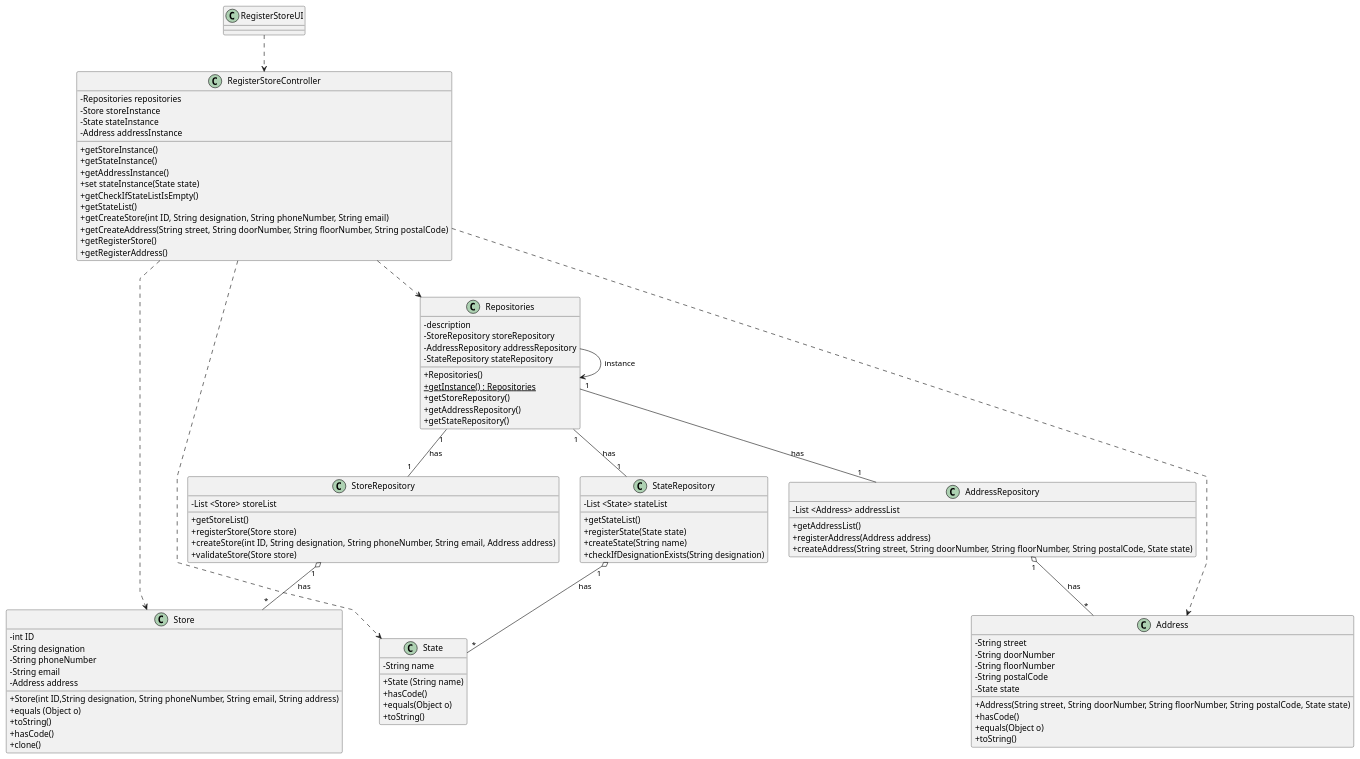
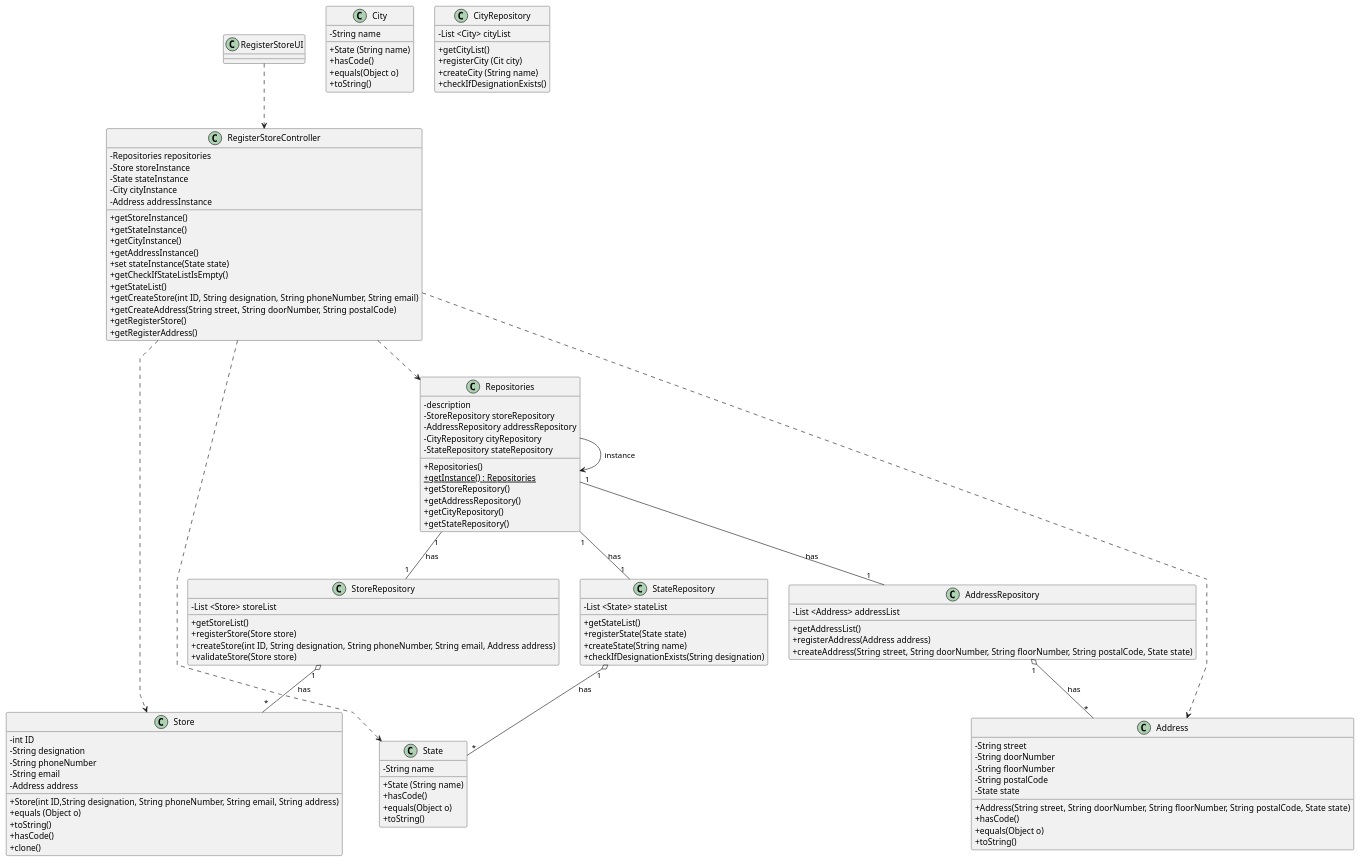
Before and after one commit to 1220812/LAPR2: the diagram in docs/sprintB/us005/03.design/puml/us005-class-diagram.puml, drawn with PlantUML.

Commit message:
Altered the class diagram from US5

```diff
--- a/docs/sprintB/us005/03.design/puml/us005-class-diagram.puml
+++ b/docs/sprintB/us005/03.design/puml/us005-class-diagram.puml
@@ -1,117 +1,139 @@
 @startuml
 'skinparam monochrome true
 skinparam packageStyle rectangle
 skinparam shadowing false
 skinparam linetype polyline
 'skinparam linetype orto
 
 skinparam classAttributeIconSize 0
 
 class RegisterStoreUI
 
 class RegisterStoreController
 {
 - Repositories repositories
 -Store storeInstance
 -State stateInstance
+-City cityInstance
 -Address addressInstance
 +getStoreInstance()
 +getStateInstance()
++getCityInstance()
 +getAddressInstance()
 +set stateInstance(State state)
 +getCheckIfStateListIsEmpty()
 +getStateList()
 +getCreateStore(int ID, String designation, String phoneNumber, String email)
-+getCreateAddress(String street, String doorNumber, String floorNumber, String postalCode)
++getCreateAddress(String street, String doorNumber, String postalCode)
 +getRegisterStore()
 +getRegisterAddress()
 }
 
 class Repositories
 {
 -description
 -StoreRepository storeRepository
 -AddressRepository addressRepository
+-CityRepository cityRepository
 -StateRepository stateRepository
 +Repositories()
 +{static}getInstance() : Repositories
 +getStoreRepository()
 +getAddressRepository()
++getCityRepository()
 +getStateRepository()
 }
 
 class Store
 {
 -int ID
 -String designation
 -String phoneNumber
 -String email
 -Address address
 +Store(int ID,String designation, String phoneNumber, String email, String address)
 +equals (Object o)
 +toString()
 +hasCode()
 +clone()
 }
 
 class State
+{
+-String name
++State (String name)
++hasCode()
++equals(Object o)
++toString()
+}
+
+class City
 {
 -String name
 +State (String name)
 +hasCode()
 +equals(Object o)
 +toString()
 }
 
 class Address
 {
 -String street
 -String doorNumber
 -String floorNumber
 -String postalCode
 -State state
 +Address(String street, String doorNumber, String floorNumber, String postalCode, State state)
 +hasCode()
 +equals(Object o)
 +toString()
 }
 
 class StoreRepository
 {
 -List <Store> storeList
 +getStoreList()
 +registerStore(Store store)
 +createStore(int ID, String designation, String phoneNumber, String email, Address address)
 +validateStore(Store store)
 }
 
 class AddressRepository
 {
 -List <Address> addressList
 +getAddressList()
 +registerAddress(Address address)
 +createAddress(String street, String doorNumber, String floorNumber, String postalCode, State state)
 }
 
+class CityRepository
+{
+-List <City> cityList
++getCityList()
++registerCity (Cit city)
++createCity (String name)
++checkIfDesignationExists()
+}
+
 class StateRepository
 {
 -List <State> stateList
 +getStateList()
 +registerState(State state)
 +createState(String name)
 +checkIfDesignationExists(String designation)
 }
 
 Repositories--> Repositories :instance
 RegisterStoreUI ..> RegisterStoreController
 RegisterStoreController ..> Store
 RegisterStoreController ..> State
 RegisterStoreController ..> Address
 RegisterStoreController ..> Repositories
 Repositories "1"-- "1" AddressRepository : has
 Repositories "1"-- "1" StateRepository : has
 Repositories "1"--"1" StoreRepository : has
 StoreRepository "1" o--"*" Store :has
 StateRepository "1" o--"*" State :has
 AddressRepository "1" o-- "*" Address :has
 @enduml
```
